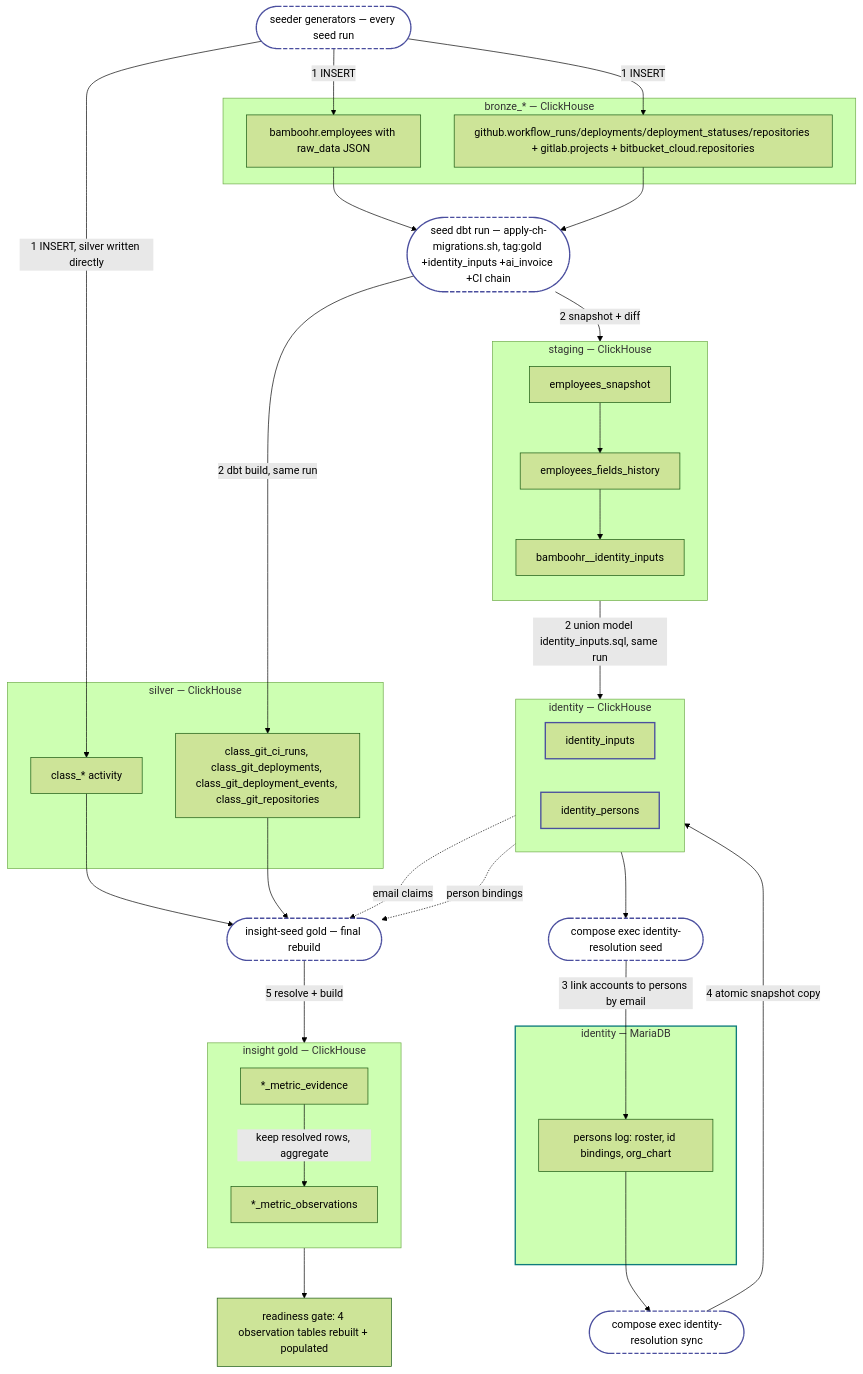
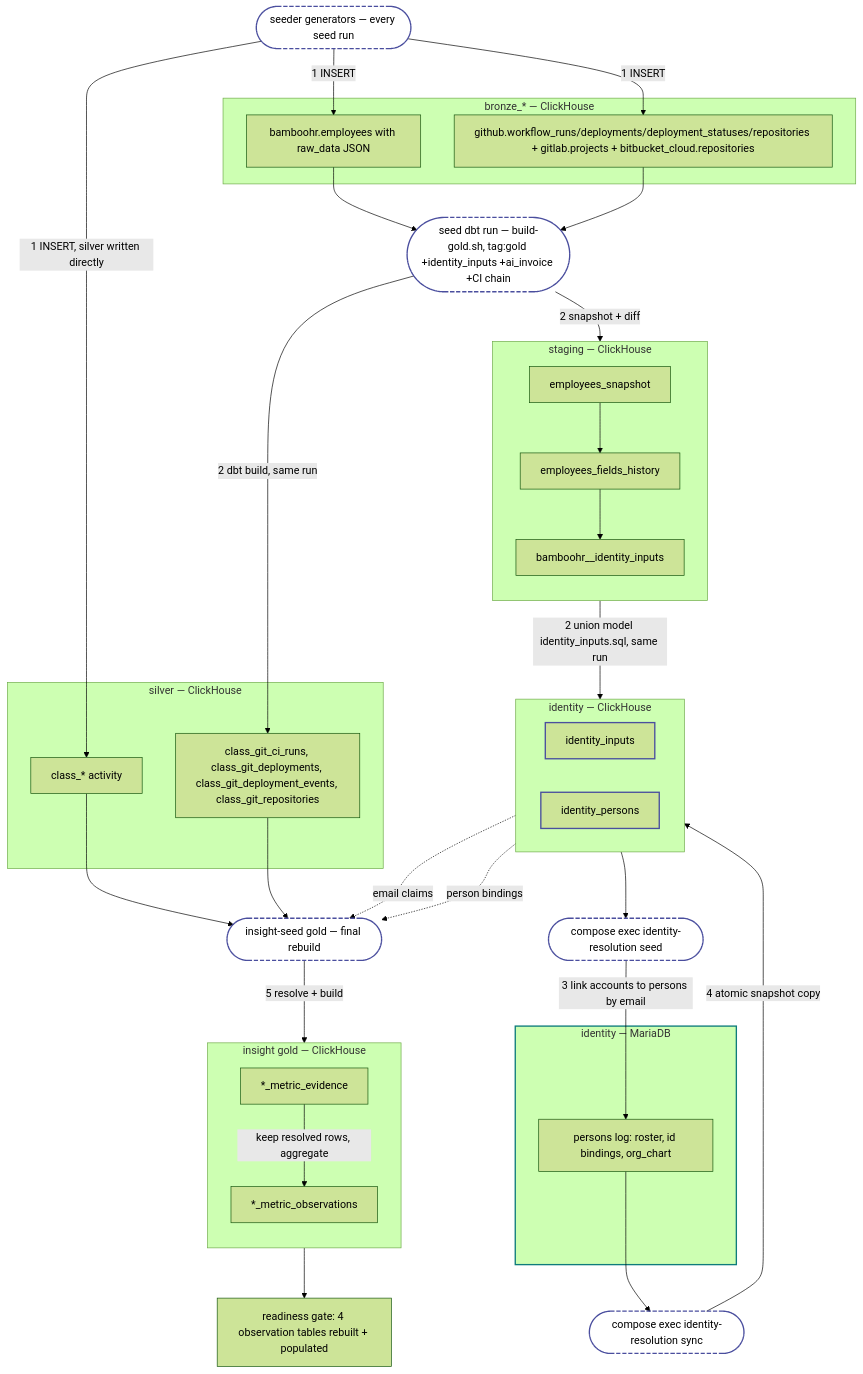
Before and after one commit to constructorfabric/insight: the diagram in src/ingestion/tools/seed/README.md, drawn with Mermaid (forest theme). The commit also changed other lines of this file and 28 other files, not shown here.

````diff
--- a/src/ingestion/tools/seed/README.md
+++ b/src/ingestion/tools/seed/README.md
@@ -48,55 +48,55 @@
 ```mermaid
 flowchart TB
   classDef actor fill:none,stroke:#4a4e9e,stroke-width:2px,stroke-dasharray:6 3
   classDef map stroke:#4a4e9e,stroke-width:2px
 
   GEN(["seeder generators — every seed run"]):::actor
-  DBT1(["seed dbt run — apply-ch-migrations.sh, tag:gold +identity_inputs +ai_invoice +CI chain"]):::actor
+  DBT1(["seed dbt run — build-gold.sh, tag:gold +identity_inputs +ai_invoice +CI chain"]):::actor
   PSEED(["compose exec identity-resolution seed"]):::actor
   PSYNC(["compose exec identity-resolution sync"]):::actor
   DBT2(["insight-seed gold — final rebuild"]):::actor
 
   subgraph BZ["bronze_* — ClickHouse"]
     EMP["bamboohr.employees with raw_data JSON"]
     CIBZ["github.workflow_runs/deployments/deployment_statuses/repositories + gitlab.projects + bitbucket_cloud.repositories"]
   end
   subgraph ST["staging — ClickHouse"]
     direction TB
     SNAP["employees_snapshot"] --> FH["employees_fields_history"] --> FEED["bamboohr__identity_inputs"]
   end
   subgraph IDD["identity — ClickHouse"]
     direction LR
     II["identity_inputs"]:::map
     IP["identity_persons"]:::map
   end
   subgraph MDB["identity — MariaDB"]
     PER["persons log: roster, id bindings, org_chart"]
   end
   subgraph SV["silver — ClickHouse"]
     CLS["class_* activity"]
     CICLS["class_git_ci_runs, class_git_deployments, class_git_deployment_events, class_git_repositories"]
   end
   subgraph GD["insight gold — ClickHouse"]
     direction TB
     EVD["*_metric_evidence"] -->|"keep resolved rows, aggregate"| OBS["*_metric_observations"]
   end
 
   GEN -->|"1 INSERT"| EMP
   GEN -->|"1 INSERT"| CIBZ
   GEN -->|"1 INSERT, silver written directly"| CLS
   EMP --> DBT1
   CIBZ --> DBT1
   DBT1 -->|"2 snapshot + diff"| SNAP
   FEED -->|"2 union model identity_inputs.sql, same run"| II
   DBT1 -->|"2 dbt build, same run"| CICLS
   II --> PSEED -->|"3 link accounts to persons by email"| PER
   PER --> PSYNC -->|"4 atomic snapshot copy"| IP
   CLS --> DBT2
   CICLS --> DBT2
   II -.->|"email claims"| DBT2
   IP -.->|"person bindings"| DBT2
   DBT2 -->|"5 resolve + build"| EVD
   OBS --> GATE["readiness gate: 4 observation tables rebuilt + populated"]
 
   style MDB stroke:#0e7c7b,stroke-width:2px
 ```
````
